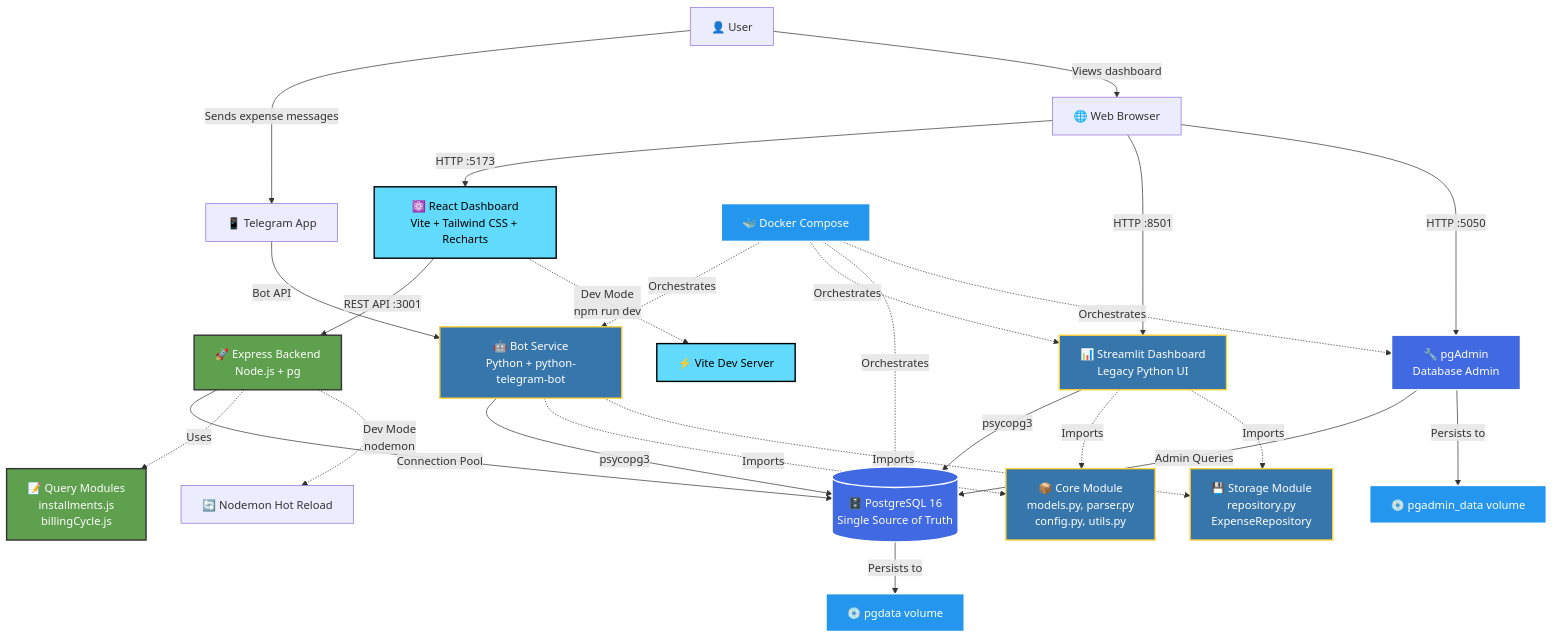
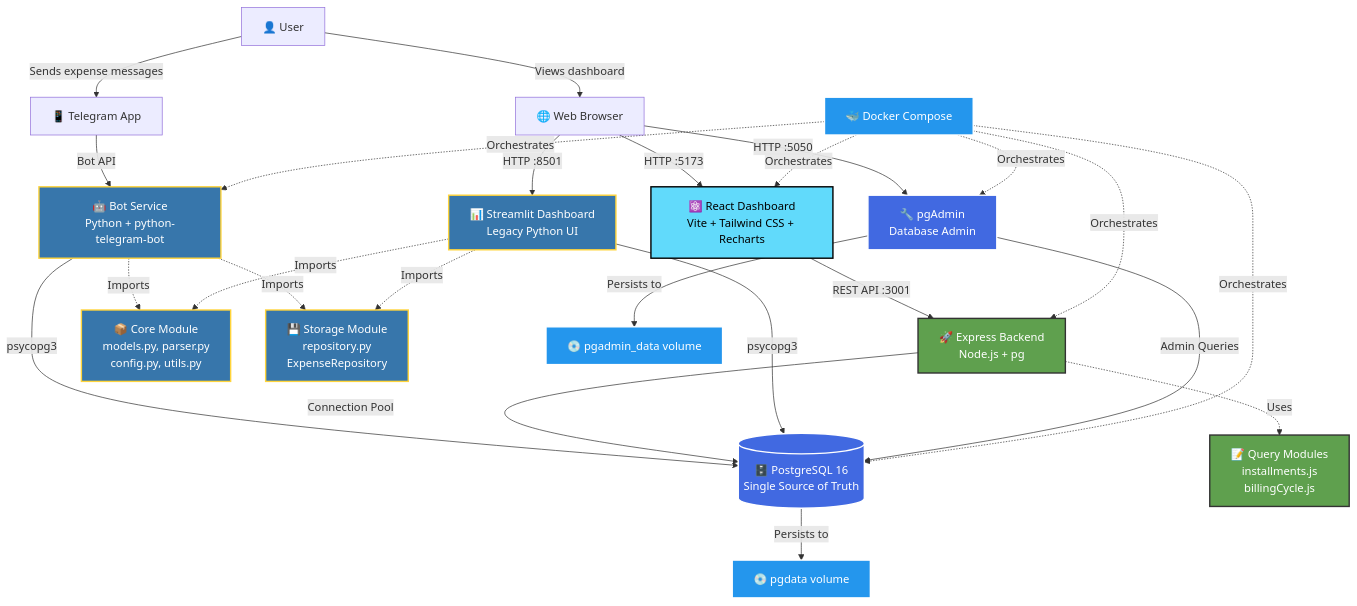
The diagram in README.md (BrunoChiconato/financial-tracker), drawn with Mermaid before and after one commit. The commit also changed other lines of this file and 2 other files, not shown here.

First line of the commit message:
docs: update documentation for containerized architecture

````diff
--- a/README.md
+++ b/README.md
@@ -137,49 +137,47 @@
 ```mermaid
 graph TD
     User[👤 User] -->|Sends expense messages| TG[📱 Telegram App]
     User -->|Views dashboard| Browser[🌐 Web Browser]
 
     TG -->|Bot API| BotService[🤖 Bot Service<br/>Python + python-telegram-bot]
 
     Browser -->|HTTP :5173| ReactApp[⚛️ React Dashboard<br/>Vite + Tailwind CSS + Recharts]
     Browser -->|HTTP :8501| StreamlitApp[📊 Streamlit Dashboard<br/>Legacy Python UI]
     Browser -->|HTTP :5050| PGAdmin[🔧 pgAdmin<br/>Database Admin]
 
     ReactApp -->|REST API :3001| ExpressAPI[🚀 Express Backend<br/>Node.js + pg]
 
     BotService -->|psycopg3| PostgresDB[(🗄️ PostgreSQL 16<br/>Single Source of Truth)]
     ExpressAPI -->|Connection Pool| PostgresDB
     StreamlitApp -->|psycopg3| PostgresDB
     PGAdmin -->|Admin Queries| PostgresDB
 
     BotService -.->|Imports| CoreModule[📦 Core Module<br/>models.py, parser.py<br/>config.py, utils.py]
     BotService -.->|Imports| StorageModule[💾 Storage Module<br/>repository.py<br/>ExpenseRepository]
     StreamlitApp -.->|Imports| CoreModule
     StreamlitApp -.->|Imports| StorageModule
 
     ExpressAPI -.->|Uses| QueryModules[📝 Query Modules<br/>installments.js<br/>billingCycle.js]
 
     Docker[🐳 Docker Compose] -.->|Orchestrates| BotService
-    Docker -.->|Orchestrates| StreamlitApp
+    Docker -.->|Orchestrates| ExpressAPI
+    Docker -.->|Orchestrates| ReactApp
     Docker -.->|Orchestrates| PostgresDB
     Docker -.->|Orchestrates| PGAdmin
-
-    ReactApp -.->|Dev Mode<br/>npm run dev| ViteServer[⚡ Vite Dev Server]
-    ExpressAPI -.->|Dev Mode<br/>nodemon| NodemonServer[🔄 Nodemon Hot Reload]
 
     PostgresDB -->|Persists to| Volume1[💿 pgdata volume]
     PGAdmin -->|Persists to| Volume2[💿 pgadmin_data volume]
 
     classDef pythonService fill:#3776AB,stroke:#FFD43B,stroke-width:2px,color:#fff
     classDef nodeService fill:#5FA04E,stroke:#333,stroke-width:2px,color:#fff
     classDef reactService fill:#61DAFB,stroke:#000,stroke-width:2px,color:#000
     classDef database fill:#4169E1,stroke:#fff,stroke-width:2px,color:#fff
     classDef module fill:#666,stroke:#333,stroke-width:2px,color:#fff
     classDef infrastructure fill:#2496ED,stroke:#fff,stroke-width:2px,color:#fff
 
     class BotService,StreamlitApp,CoreModule,StorageModule pythonService
     class ExpressAPI,QueryModules nodeService
     class ReactApp,ViteServer reactService
     class PostgresDB,PGAdmin database
     class Docker,Volume1,Volume2 infrastructure
 ```
````
